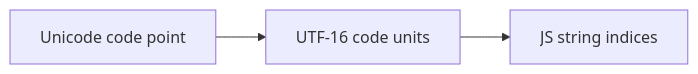
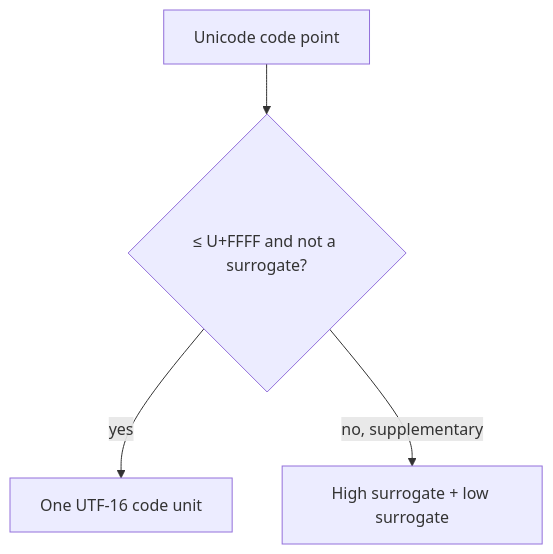
Before and after one commit to prajjwaljogdand/FullstackPreparation: the second of 4 diagrams in docs/javascript/16-strings.md, drawn with Mermaid. The commit also changed other lines of this file and 91 other files, not shown here.

````diff
--- a/docs/javascript/16-strings.md
+++ b/docs/javascript/16-strings.md
@@ -28,5 +67,6 @@
 ```mermaid
-flowchart LR
-  cp["Unicode code point"] --> utf16["UTF-16 code units"]
-  utf16 --> js["JS string indices"]
+flowchart TB
+  cp["Unicode code point"] --> check{"≤ U+FFFF and not a surrogate?"}
+  check -->|yes| one["One UTF-16 code unit"]
+  check -->|no, supplementary| two["High surrogate + low surrogate"]
 ```
````
